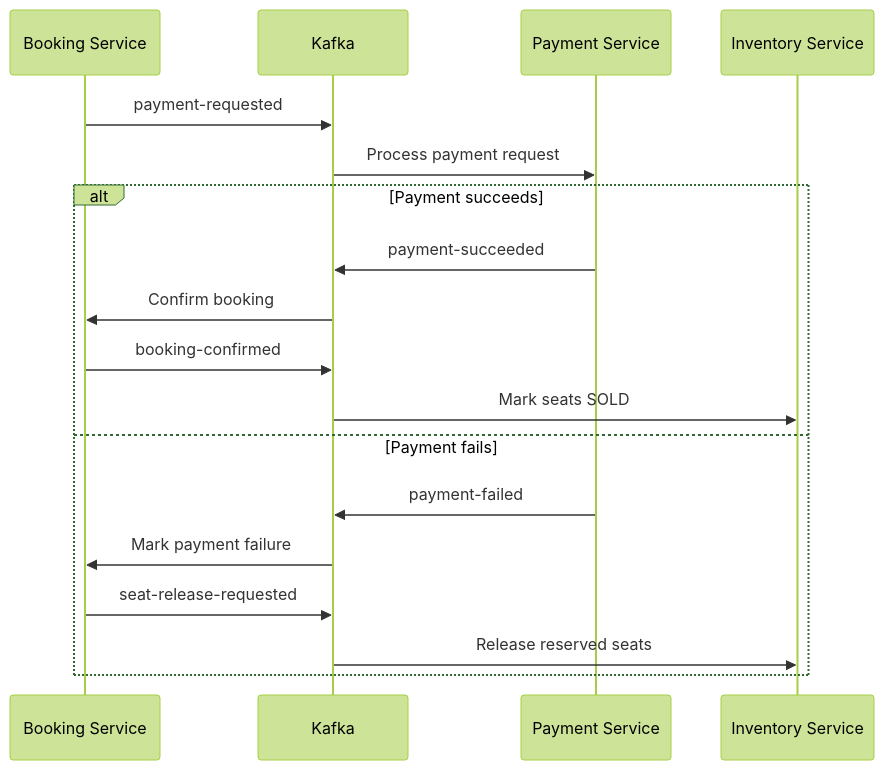
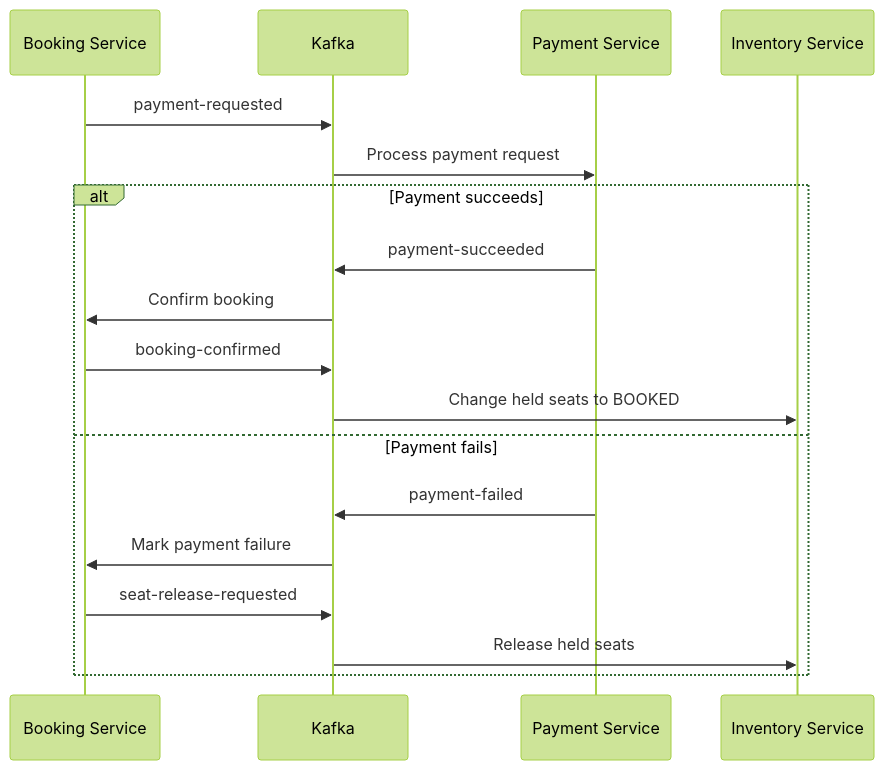
Before and after one commit to HuyKunNe/cinema-system: the eighth of 10 diagrams in docs/02_ARCHITECTURE.md, drawn with Mermaid (forest theme). The commit also changed other lines of this file and 10 other files, not shown here.

````diff
--- a/docs/02_ARCHITECTURE.md
+++ b/docs/02_ARCHITECTURE.md
@@ -835,22 +856,22 @@
 ```mermaid
 sequenceDiagram
     participant Booking as Booking Service
     participant Kafka
     participant Payment as Payment Service
     participant Inventory as Inventory Service
 
     Booking->>Kafka: payment-requested
     Kafka->>Payment: Process payment request
 
     alt Payment succeeds
         Payment->>Kafka: payment-succeeded
         Kafka->>Booking: Confirm booking
         Booking->>Kafka: booking-confirmed
-        Kafka->>Inventory: Mark seats SOLD
+        Kafka->>Inventory: Change held seats to BOOKED
     else Payment fails
         Payment->>Kafka: payment-failed
         Kafka->>Booking: Mark payment failure
         Booking->>Kafka: seat-release-requested
-        Kafka->>Inventory: Release reserved seats
+        Kafka->>Inventory: Release held seats
     end
 ```
````
